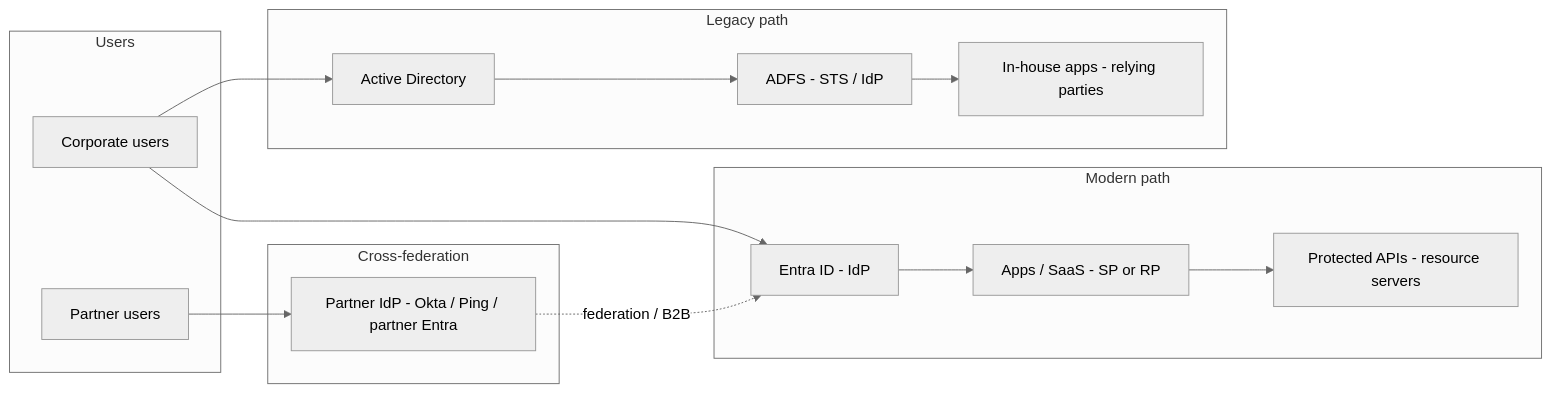
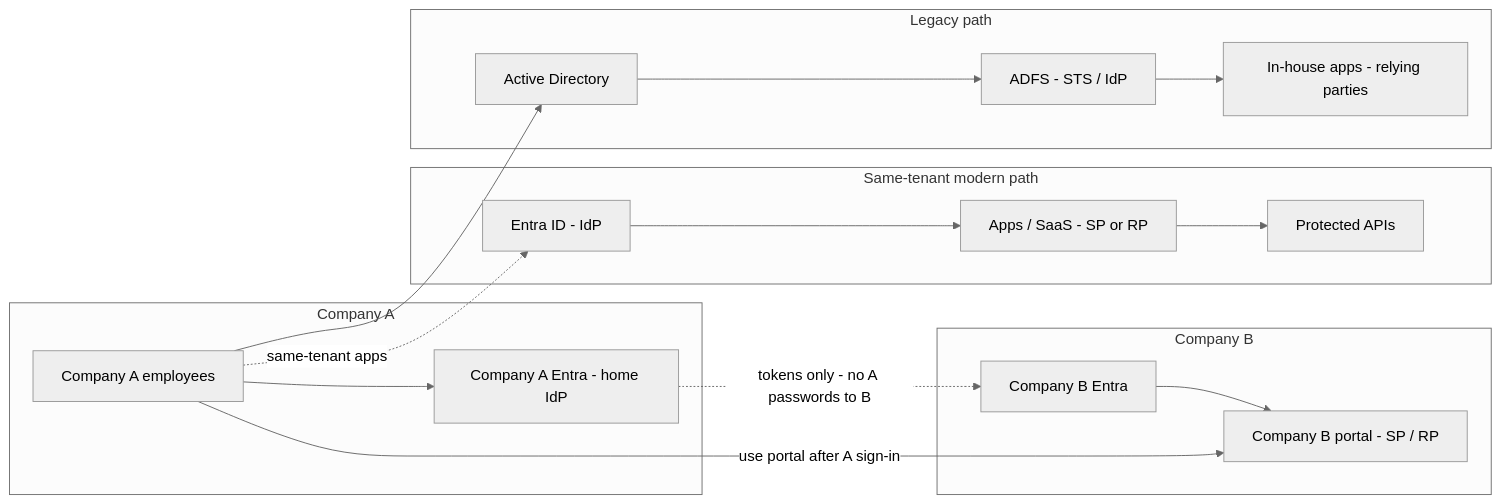
One commit to jetri/sso-landscape changed the first of 4 diagrams in docs/02-components-and-topology.md. Above: the diagram before and after it, drawn with Mermaid (neutral theme). The commit also changed other lines of this file and 4 other files, not shown here.

First line of the commit message:
Reframe cross-federation around Company A to Company B portal.

````diff
--- a/docs/02-components-and-topology.md
+++ b/docs/02-components-and-topology.md
@@ -24,32 +24,37 @@
 ```mermaid
 flowchart LR
-  subgraph Users
-    U[Corporate users]
-    PU[Partner users]
+  subgraph CompanyA["Company A"]
+    Emp[Company A employees]
+    AEntra[Company A Entra - home IdP]
   end
 
-  subgraph Modern["Modern path"]
+  subgraph Modern["Same-tenant modern path"]
     E[Entra ID - IdP]
     APP[Apps / SaaS - SP or RP]
-    API[Protected APIs - resource servers]
+    API[Protected APIs]
   end
 
   subgraph Legacy["Legacy path"]
     AD[Active Directory]
     ADFS[ADFS - STS / IdP]
     IAPP[In-house apps - relying parties]
   end
 
-  subgraph Partners["Cross-federation"]
-    PIDP[Partner IdP - Okta / Ping / partner Entra]
+  subgraph CompanyB["Company B"]
+    BEntra[Company B Entra]
+    Portal[Company B portal - SP / RP]
   end
 
-  U --> E
-  U --> AD
+  Emp --> AEntra
+  AEntra -.->|tokens only - no A passwords to B| BEntra
+  BEntra --> Portal
+  Emp -->|use portal after A sign-in| Portal
+
+  Emp -.->|same-tenant apps| E
+  E --> APP
+  APP --> API
+
+  Emp --> AD
   AD --> ADFS
   ADFS --> IAPP
-  E --> APP
-  APP --> API
-  PU --> PIDP
-  PIDP -.->|federation / B2B| E
 ```
````
